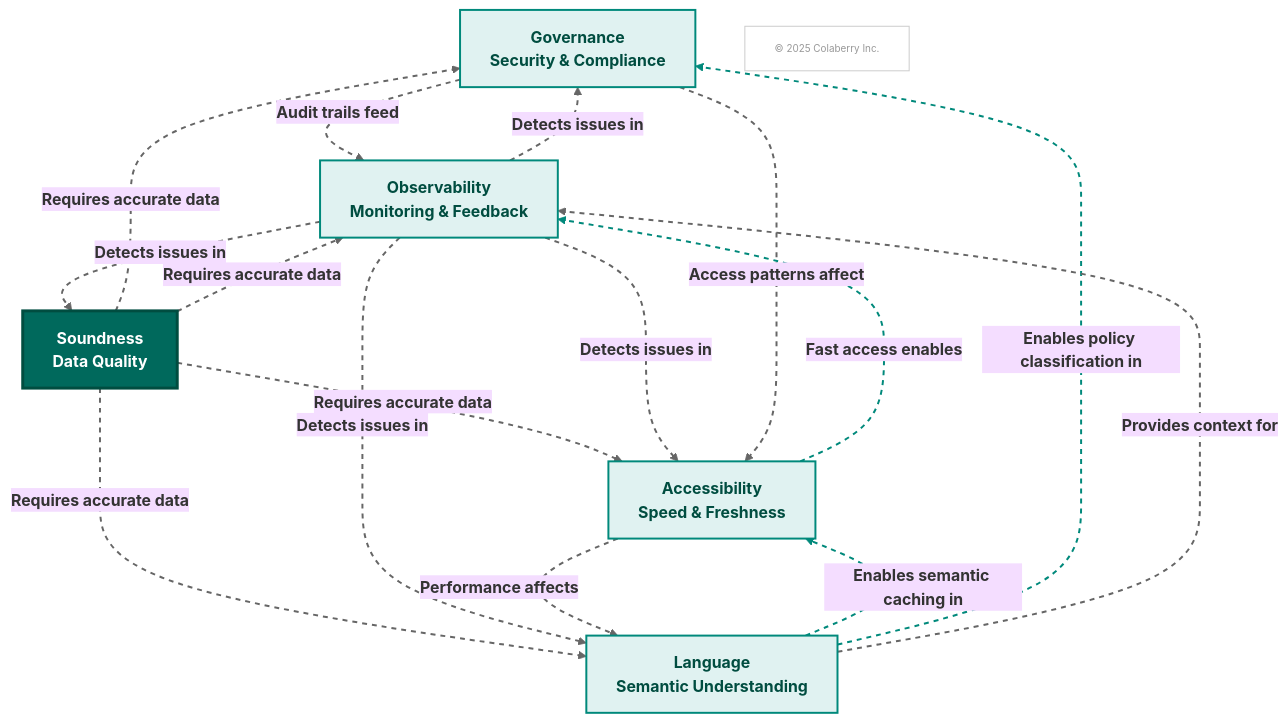
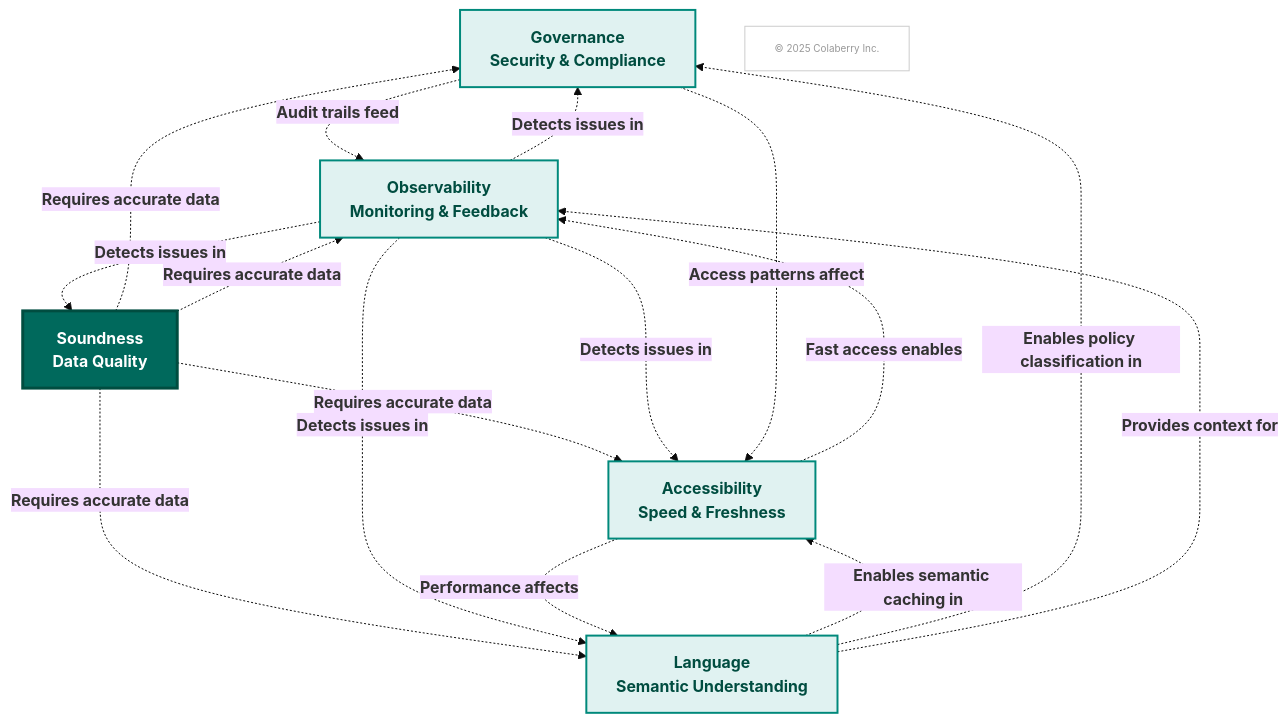
Before and after one commit to colaberry/enterprise-data-readiness-ai-agents: the ninth of 11 diagrams in chapter-02/chapter_2_complete.md, drawn with Mermaid (base theme). The commit also changed other lines of this file, not shown here.

````diff
--- a/chapter-02/chapter_2_complete.md
+++ b/chapter-02/chapter_2_complete.md
@@ -1551,52 +1578,43 @@
 ```mermaid
 graph TB
     G["<b>Governance
     Security & Compliance</b>"]
     O["<b>Observability
     Monitoring & Feedback</b>"]
     A["<b>Accessibility
     Speed & Freshness</b>"]
     L["<b>Language
     Semantic Understanding</b>"]
     S["<b>Soundness
     Data Quality</b>"]
+    
     S -.->|<b>Requires accurate data</b>| G
     S -.->|<b>Requires accurate data</b>| O
     S -.->|<b>Requires accurate data</b>| A
     S -.->|<b>Requires accurate data</b>| L
+    
     O -.->|<b>Detects issues in</b>| G
     O -.->|<b>Detects issues in</b>| A
     O -.->|<b>Detects issues in</b>| L
     O -.->|<b>Detects issues in</b>| S
+    
     L -.->|<b>Enables semantic caching in</b>| A
     L -.->|<b>Enables policy classification in</b>| G
     L -.->|<b>Provides context for</b>| O
+    
     A -.->|<b>Fast access enables</b>| O
     A -.->|<b>Performance affects</b>| L
+    
     G -.->|<b>Audit trails feed</b>| O
     G -.->|<b>Access patterns affect</b>| A
-    COPYRIGHT["© 2025 Colaberry Inc."]
-
+    
     style G fill:#e0f2f1,stroke:#00897b,stroke-width:2px,color:#004d40
     style O fill:#e0f2f1,stroke:#00897b,stroke-width:2px,color:#004d40
     style A fill:#e0f2f1,stroke:#00897b,stroke-width:2px,color:#004d40
     style L fill:#e0f2f1,stroke:#00897b,stroke-width:2px,color:#004d40
     style S fill:#00695c,color:#ffffff,stroke:#004d40,stroke-width:3px
+    
+    COPYRIGHT["© 2025 Colaberry Inc."]
     style COPYRIGHT fill:#ffffff,stroke:#cccccc,stroke-width:1px,color:#999999,font-size:10px
 
-    linkStyle 0 stroke:#666666,stroke-width:2px,stroke-dasharray:5
-    linkStyle 1 stroke:#666666,stroke-width:2px,stroke-dasharray:5
-    linkStyle 2 stroke:#666666,stroke-width:2px,stroke-dasharray:5
-    linkStyle 3 stroke:#666666,stroke-width:2px,stroke-dasharray:5
-    linkStyle 4 stroke:#666666,stroke-width:2px,stroke-dasharray:5
-    linkStyle 5 stroke:#666666,stroke-width:2px,stroke-dasharray:5
-    linkStyle 6 stroke:#666666,stroke-width:2px,stroke-dasharray:5
-    linkStyle 7 stroke:#666666,stroke-width:2px,stroke-dasharray:5
-    linkStyle 8 stroke:#00897b,stroke-width:2px,stroke-dasharray:5
-    linkStyle 9 stroke:#00897b,stroke-width:2px,stroke-dasharray:5
-    linkStyle 10 stroke:#666666,stroke-width:2px,stroke-dasharray:5
-    linkStyle 11 stroke:#00897b,stroke-width:2px,stroke-dasharray:5
-    linkStyle 12 stroke:#666666,stroke-width:2px,stroke-dasharray:5
-    linkStyle 13 stroke:#666666,stroke-width:2px,stroke-dasharray:5
-    linkStyle 14 stroke:#666666,stroke-width:2px,stroke-dasharray:5
 ```
````
